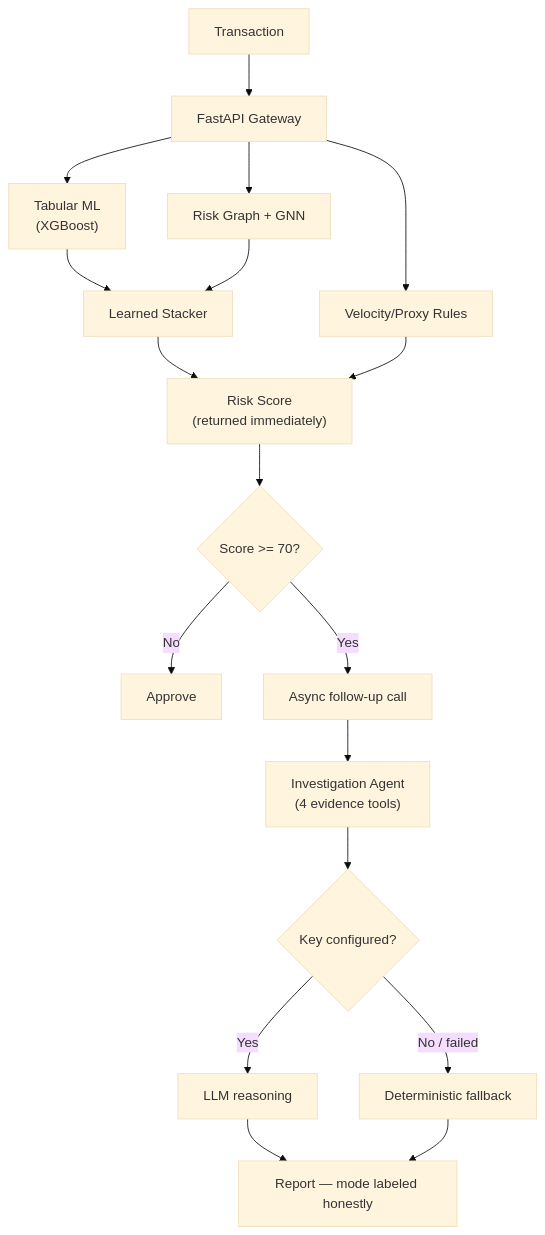
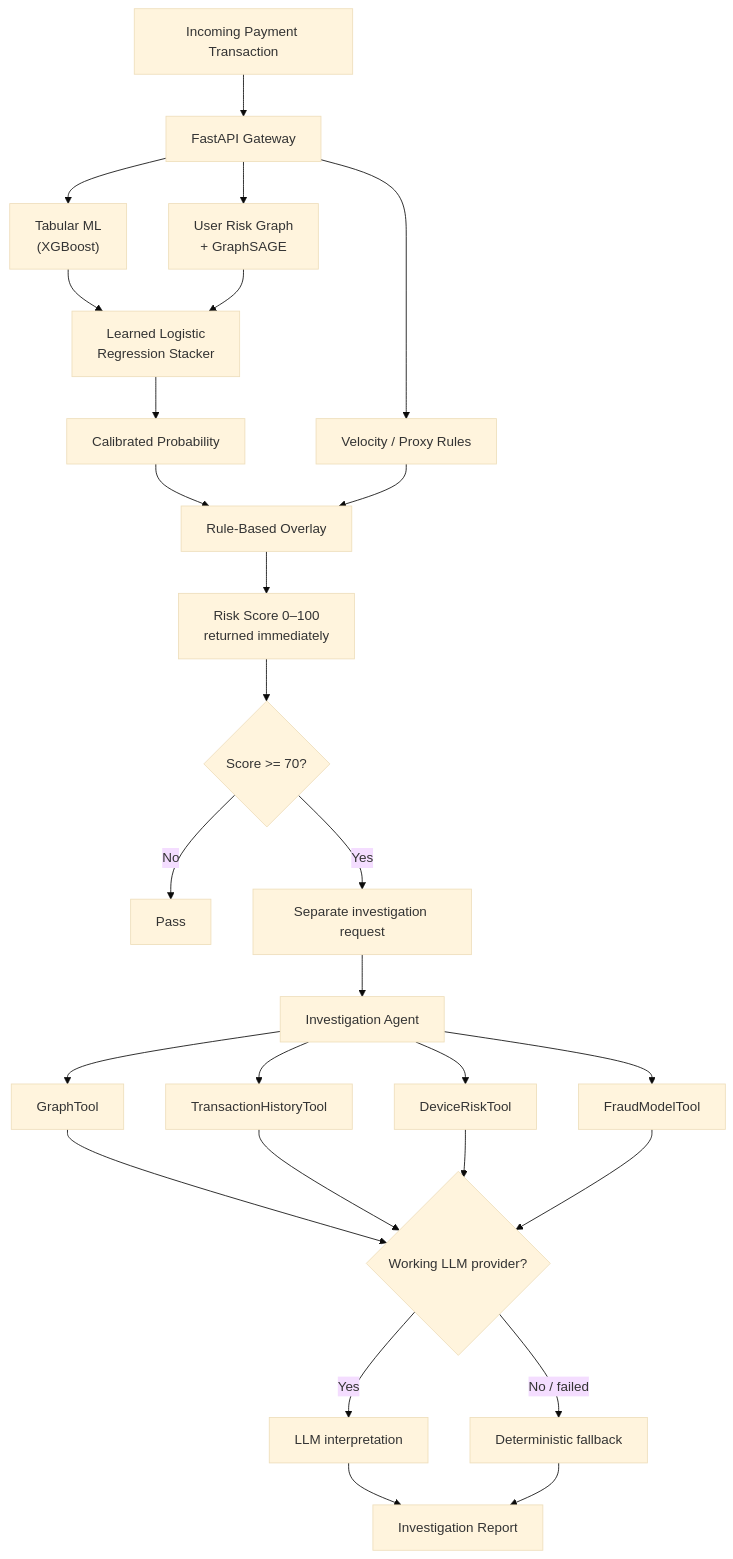
One commit to Dikshu015/RazorRisk-Agentic-AI-Payment-Fraud-Risk-Investigation-Platform changed the diagram in README.md. Above: the diagram before and after it, drawn with Mermaid (base theme). The commit also changed other lines of this file and 2 other files, not shown here.

````diff
--- a/README.md
+++ b/README.md
@@ -84,20 +130,39 @@
 ```mermaid
 flowchart TD
-    TXN["Transaction"] --> GW["FastAPI Gateway"]
+    TXN["Incoming Payment Transaction"] --> GW["FastAPI Gateway"]
+
     GW --> TAB["Tabular ML<br/>(XGBoost)"]
-    GW --> GNN["Risk Graph + GNN"]
-    GW --> VEL["Velocity/Proxy Rules"]
-    TAB --> STACK["Learned Stacker"]
+    GW --> GNN["User Risk Graph<br/>+ GraphSAGE"]
+    GW --> VEL["Velocity / Proxy Rules"]
+
+    TAB --> STACK["Learned Logistic<br/>Regression Stacker"]
     GNN --> STACK
-    STACK --> SCORE["Risk Score<br/>(returned immediately)"]
-    VEL --> SCORE
+
+    STACK --> CAL["Calibrated Probability"]
+    CAL --> MULT["Rule-Based Overlay"]
+    VEL --> MULT
+
+    MULT --> SCORE["Risk Score 0–100<br/>returned immediately"]
+
     SCORE --> Q{"Score >= 70?"}
-    Q -- No --> APPROVE["Approve"]
-    Q -- Yes --> ASYNC["Async follow-up call"]
-    ASYNC --> AGENT["Investigation Agent<br/>(4 evidence tools)"]
-    AGENT --> MODE{"Key configured?"}
-    MODE -- Yes --> LLM["LLM reasoning"]
-    MODE -- "No / failed" --> DET["Deterministic fallback"]
-    LLM --> REPORT["Report — mode labeled honestly"]
+    Q -- No --> PASS["Pass"]
+    Q -- Yes --> FOLLOW["Separate investigation request"]
+
+    FOLLOW --> AGENT["Investigation Agent"]
+
+    AGENT --> T1["GraphTool"]
+    AGENT --> T2["TransactionHistoryTool"]
+    AGENT --> T3["DeviceRiskTool"]
+    AGENT --> T4["FraudModelTool"]
+
+    T1 --> MODE{"Working LLM provider?"}
+    T2 --> MODE
+    T3 --> MODE
+    T4 --> MODE
+
+    MODE -- Yes --> LLM["LLM interpretation"]
+    MODE -- No / failed --> DET["Deterministic fallback"]
+
+    LLM --> REPORT["Investigation Report"]
     DET --> REPORT
 ```
````
